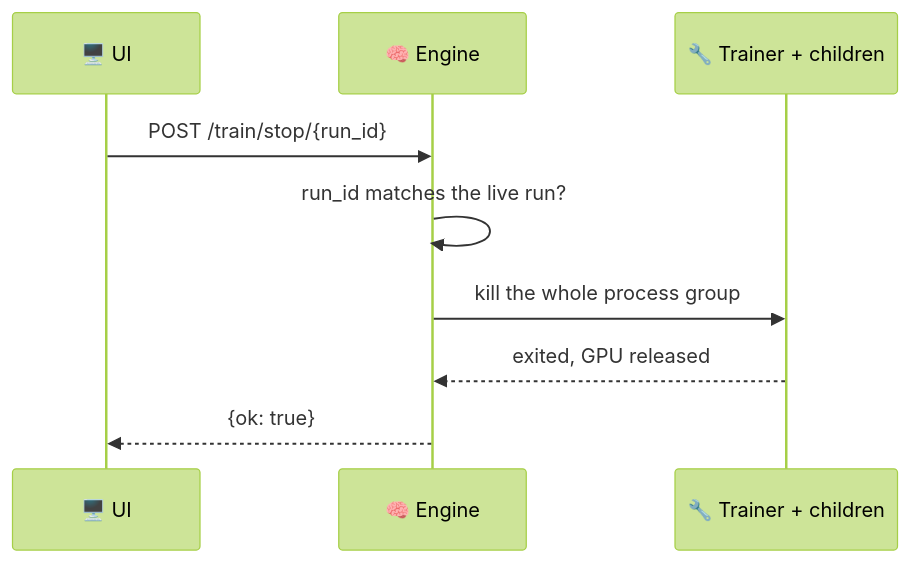
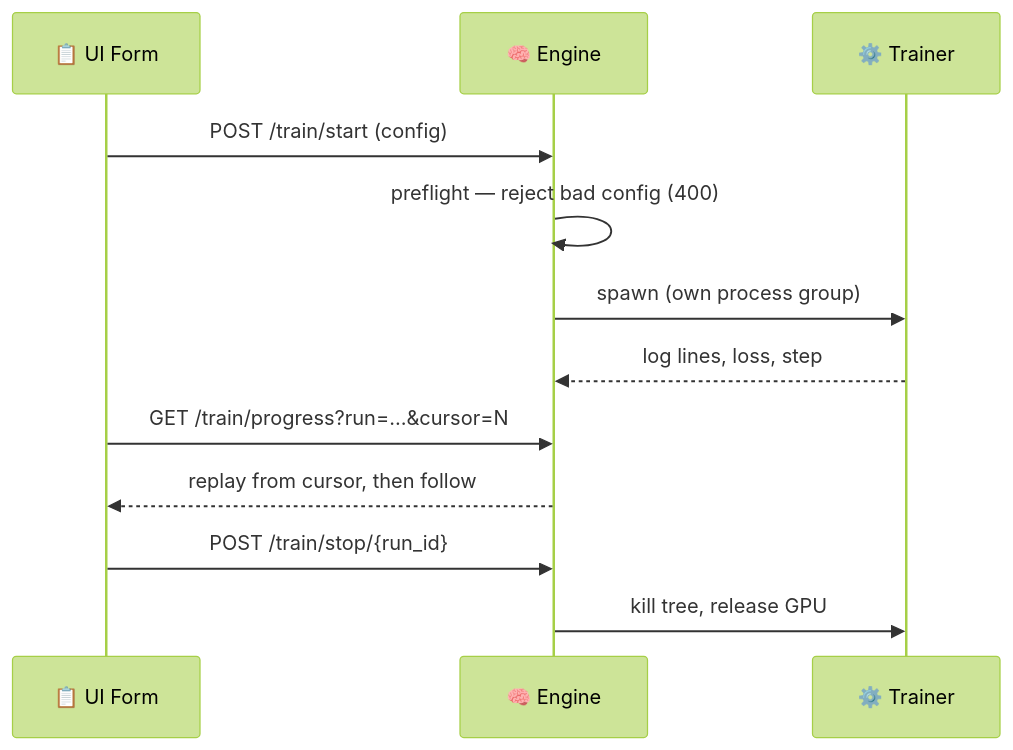
The second of 2 diagrams in docs/features/desktop/fine-tune.mdx (MervinPraison/PraisonAIDocs), drawn with Mermaid (forest theme) before and after one commit. The commit also changed other lines of this file and 7 other files, not shown here.

````diff
--- a/docs/features/desktop/fine-tune.mdx
+++ b/docs/features/desktop/fine-tune.mdx
@@ -115,12 +104,15 @@
 ```mermaid
 sequenceDiagram
-    participant UI as 🖥️ UI
+    participant UI as 📋 UI Form
     participant Engine as 🧠 Engine
-    participant Trainer as 🔧 Trainer + children
+    participant Trainer as ⚙️ Trainer
 
+    UI->>Engine: POST /train/start (config)
+    Engine->>Engine: preflight — reject bad config (400)
+    Engine->>Trainer: spawn (own process group)
+    Trainer-->>Engine: log lines, loss, step
+    UI->>Engine: GET /train/progress?run=…&cursor=N
+    Engine-->>UI: replay from cursor, then follow
     UI->>Engine: POST /train/stop/{run_id}
-    Engine->>Engine: run_id matches the live run?
-    Engine->>Trainer: kill the whole process group
-    Trainer-->>Engine: exited, GPU released
-    Engine-->>UI: {ok: true}
+    Engine->>Trainer: kill tree, release GPU
 ```
````
